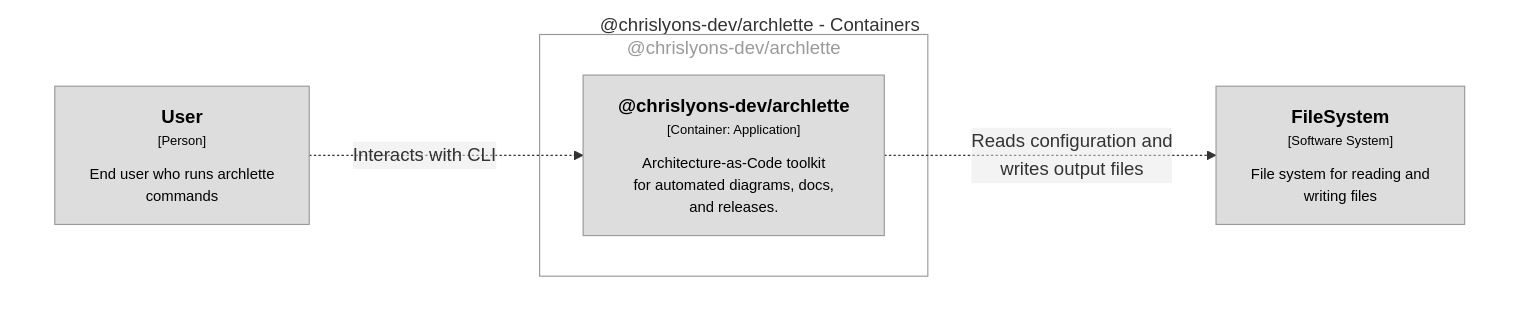
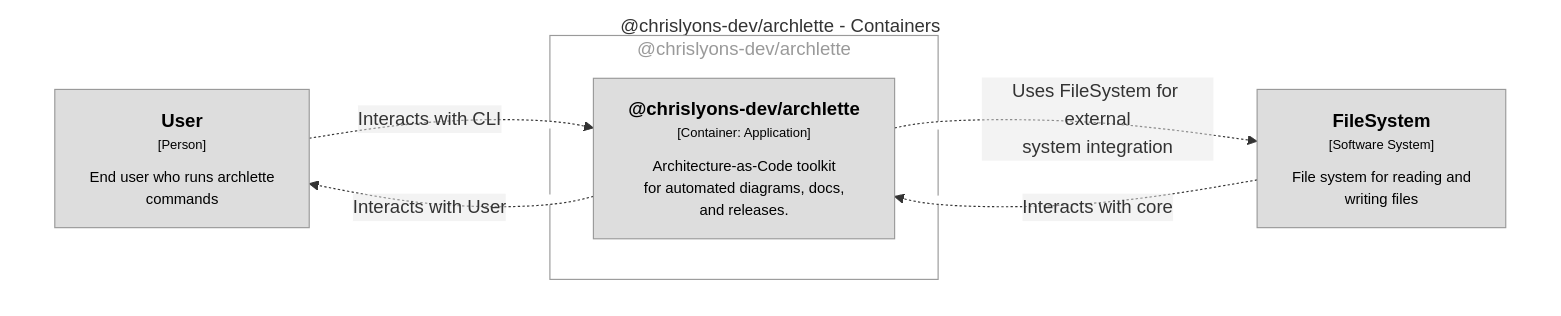
Before and after one commit to chrislyons-dev/archlette: the diagram in docs/architecture/diagrams/mermaid/structurizr-Containers.mmd, drawn with Mermaid. The commit also changed 23 other files, not shown here.

```diff
--- a/docs/architecture/diagrams/mermaid/structurizr-Containers.mmd
+++ b/docs/architecture/diagrams/mermaid/structurizr-Containers.mmd
@@ -1,21 +1,23 @@
 graph TB
   linkStyle default fill:#ffffff
 
   subgraph diagram ["@chrislyons-dev/archlette - Containers"]
     style diagram fill:#ffffff,stroke:#ffffff
 
     1["<div style='font-weight: bold'>User</div><div style='font-size: 70%; margin-top: 0px'>[Person]</div><div style='font-size: 80%; margin-top:10px'>End user who runs archlette<br />commands</div>"]
     style 1 fill:#dddddd,stroke:#9a9a9a,color:#000000
     2["<div style='font-weight: bold'>FileSystem</div><div style='font-size: 70%; margin-top: 0px'>[Software System]</div><div style='font-size: 80%; margin-top:10px'>File system for reading and<br />writing files</div>"]
     style 2 fill:#dddddd,stroke:#9a9a9a,color:#000000
 
     subgraph 3 ["@chrislyons-dev/archlette"]
       style 3 fill:#ffffff,stroke:#9a9a9a,color:#9a9a9a
 
       4["<div style='font-weight: bold'>@chrislyons-dev/archlette</div><div style='font-size: 70%; margin-top: 0px'>[Container: Application]</div><div style='font-size: 80%; margin-top:10px'>Architecture-as-Code toolkit<br />for automated diagrams, docs,<br />and releases.</div>"]
       style 4 fill:#dddddd,stroke:#9a9a9a,color:#000000
     end
 
     1-. "<div>Interacts with CLI</div><div style='font-size: 70%'></div>" .->4
-    4-. "<div>Reads configuration and<br />writes output files</div><div style='font-size: 70%'></div>" .->2
+    2-. "<div>Interacts with core</div><div style='font-size: 70%'></div>" .->4
+    4-. "<div>Interacts with User</div><div style='font-size: 70%'></div>" .->1
+    4-. "<div>Uses FileSystem for external<br />system integration</div><div style='font-size: 70%'></div>" .->2
   end
```
